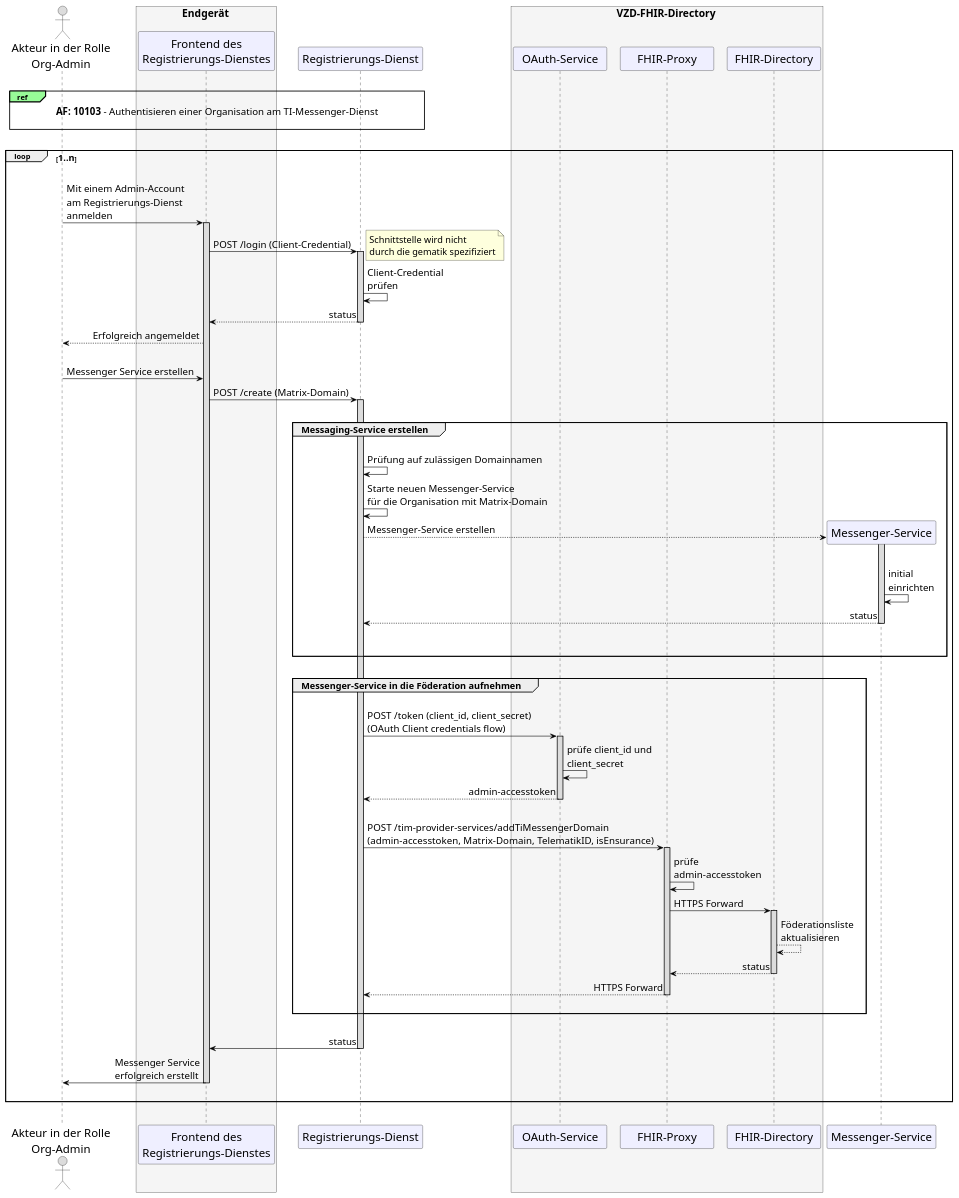
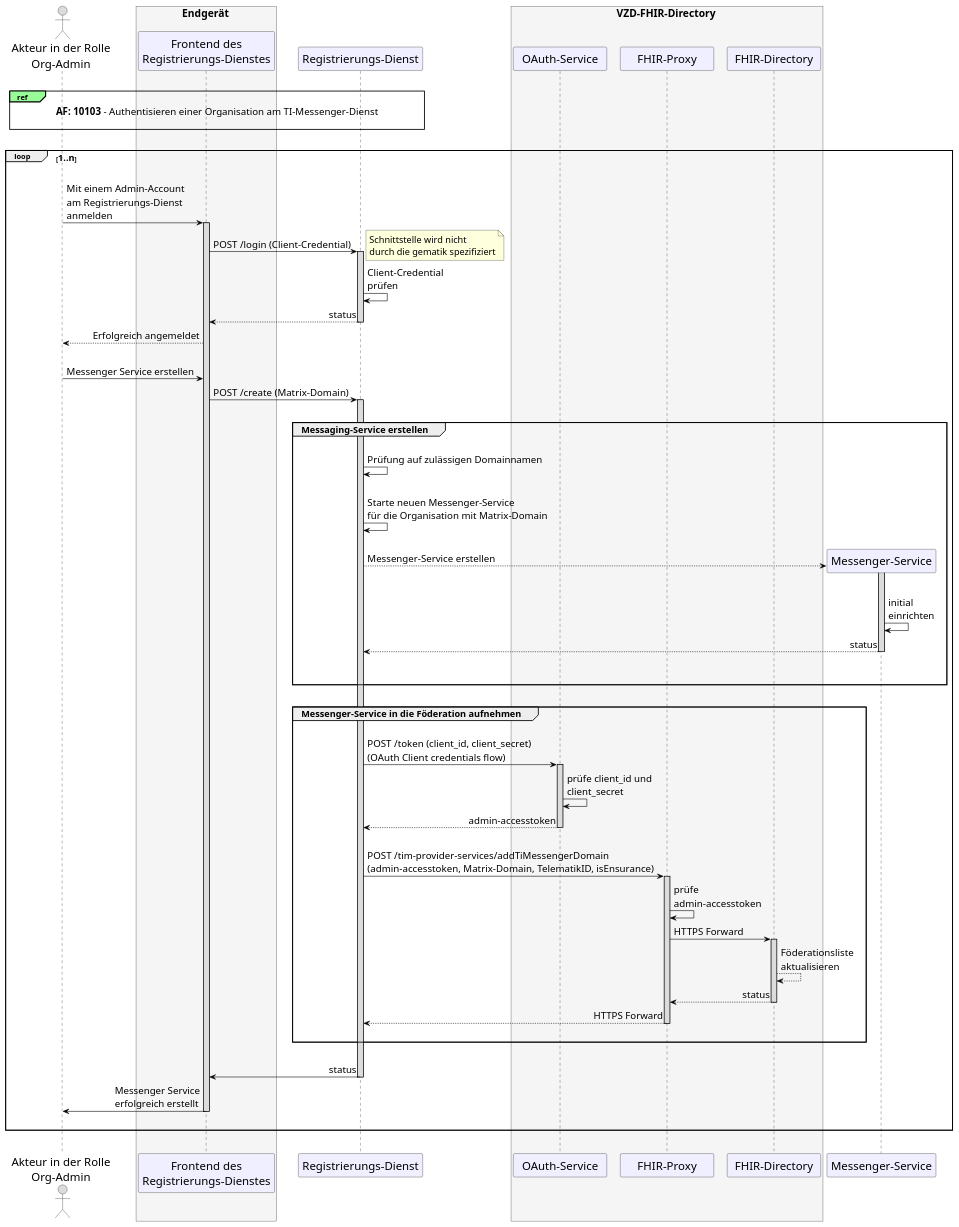
One commit to gematik/api-ti-messenger changed the diagram in src/plantuml/TI-Messenger-Dienst/Ressourcen/UC_10060_Seq.puml. Above: the diagram before and after it, drawn with PlantUML.

```diff
--- a/src/plantuml/TI-Messenger-Dienst/Ressourcen/UC_10060_Seq.puml
+++ b/src/plantuml/TI-Messenger-Dienst/Ressourcen/UC_10060_Seq.puml
@@ -9,108 +9,110 @@
 @startuml
 skinparam sequenceMessageAlign direction
 skinparam WrapWidth 300
 skinparam minClassWidth 150
 skinparam BoxPadding 1
 skinparam sequenceReferenceHeaderBackgroundColor palegreen
 scale max 2048 width
 
 skinparam sequence {
 ArrowColor black
 ArrowFontSize 17
 ActorBorderColor black
 LifeLineBorderColor black
 LifeLineBackgroundColor Gainsboro
 
 ParticipantBorderColor Motivation
 ParticipantBackgroundColor Motivation
 ParticipantFontName Impact
 ParticipantFontSize 20
 ParticipantFontColor black
 ParticipantBorderColor Black
 ParticipantBackgroundColor MOTIVATION
 
 ActorBackgroundColor Gainsboro
 ActorFontColor black
 ActorFontSize 20
 ActorFontName Aapex
 }
     actor U as "Akteur in der Rolle\nOrg-Admin"
     box <size:18>Endgerät</size> #WhiteSmoke
       participant C as "Frontend des\nRegistrierungs-Dienstes"
     end box
     participant R as "Registrierungs-Dienst"
     box <size:18>VZD-FHIR-Directory</size> #WhiteSmoke
     participant Auth as "OAuth-Service"
     participant FP as "FHIR-Proxy"
     participant VZD as "FHIR-Directory"
     end box
 
 |||
 ref over U, R: <size:17>**AF: 10103** - Authentisieren einer Organisation am TI-Messenger-Dienst</size>\n 
 |||
 
 loop <size:16>1..n</size>
   |||
   U->C: Mit einem Admin-Account \nam Registrierungs-Dienst \nanmelden
     Activate C
   C->R: POST /login (Client-Credential)
   note right: <size:16>Schnittstelle wird nicht \n<size:16>durch die gematik spezifiziert</size>
     Activate R
   R->R: Client-Credential \nprüfen
   R-->C: status
     Deactivate R
   C-->U: Erfolgreich angemeldet
   |||
   U->C: Messenger Service erstellen
   C->R: POST /create (Matrix-Domain)
     Activate R
     
     |||
     group <size:16>Messaging-Service erstellen</size>
     |||
       R->R: Prüfung auf zulässigen Domainnamen
+      |||
       R->R: Starte neuen Messenger-Service \nfür die Organisation mit Matrix-Domain
+      |||
         create "Messenger-Service"
           R-->"Messenger-Service" : Messenger-Service erstellen 
         Activate "Messenger-Service"
       |||
       "Messenger-Service"->"Messenger-Service": initial \neinrichten
       "Messenger-Service"-->R: status
       |||
         Deactivate "Messenger-Service"
     |||
     end
     
     |||
     
     group <size:16>Messenger-Service in die Föderation aufnehmen</size>
     |||
       R->Auth: POST /token (client_id, client_secret) \n(OAuth Client credentials flow)
         Activate Auth
       Auth->Auth: prüfe client_id und \nclient_secret
       Auth-->R: admin-accesstoken
         Deactivate Auth
       |||
       R->FP: POST /tim-provider-services/addTiMessengerDomain \n(admin-accesstoken, Matrix-Domain, TelematikID, isEnsurance)
         Activate FP
       FP->FP: prüfe \nadmin-accesstoken
       FP->VZD: HTTPS Forward
         Activate VZD
       VZD-->VZD: Föderationsliste\naktualisieren
       VZD-->FP: status
         Deactivate VZD
       FP-->R: HTTPS Forward
         Deactivate FP
 
     |||
     end
 
   |||
   R->C: status
     Deactivate R
   C->U: Messenger Service \nerfolgreich erstellt
     Deactivate C
   |||
 end
 |||
 @enduml
```
